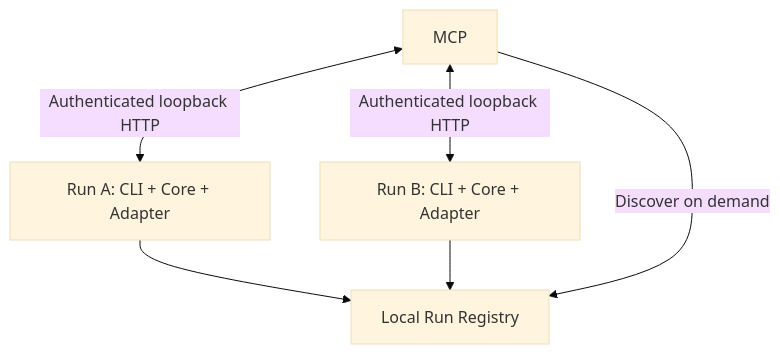
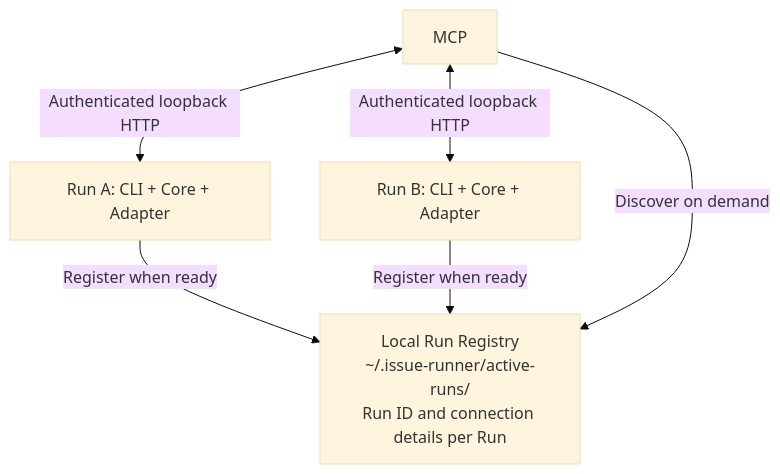
The second of 6 diagrams in docs/terminal-contract.md (BuddyLabsCo/issue-runner-core), drawn with Mermaid (base theme) before and after one commit. The commit also changed other lines of this file, not shown here.

Commit message:
docs: express lifecycle flows in Mermaid diagrams

````diff
--- a/docs/terminal-contract.md
+++ b/docs/terminal-contract.md
@@ -414,8 +414,8 @@
 ```mermaid
 flowchart TD
-    A["Run A: CLI + Core + Adapter"] --> Registry["Local Run Registry"]
-    B["Run B: CLI + Core + Adapter"] --> Registry
+    A["Run A: CLI + Core + Adapter"] -->|Register when ready| Registry["Local Run Registry<br/>~/.issue-runner/active-runs/<br/>Run ID and connection details per Run"]
+    B["Run B: CLI + Core + Adapter"] -->|Register when ready| Registry
     MCP -->|Discover on demand| Registry
     MCP <-->|Authenticated loopback HTTP| A
     MCP <-->|Authenticated loopback HTTP| B
 ```
````
